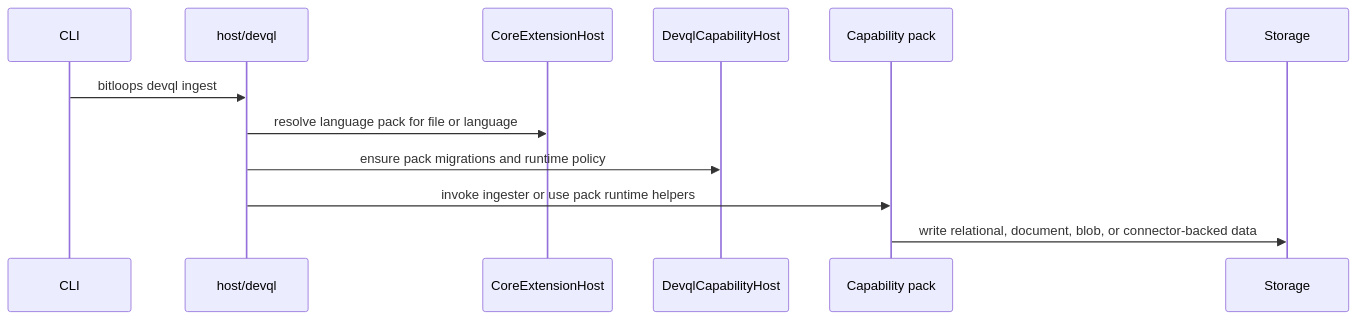
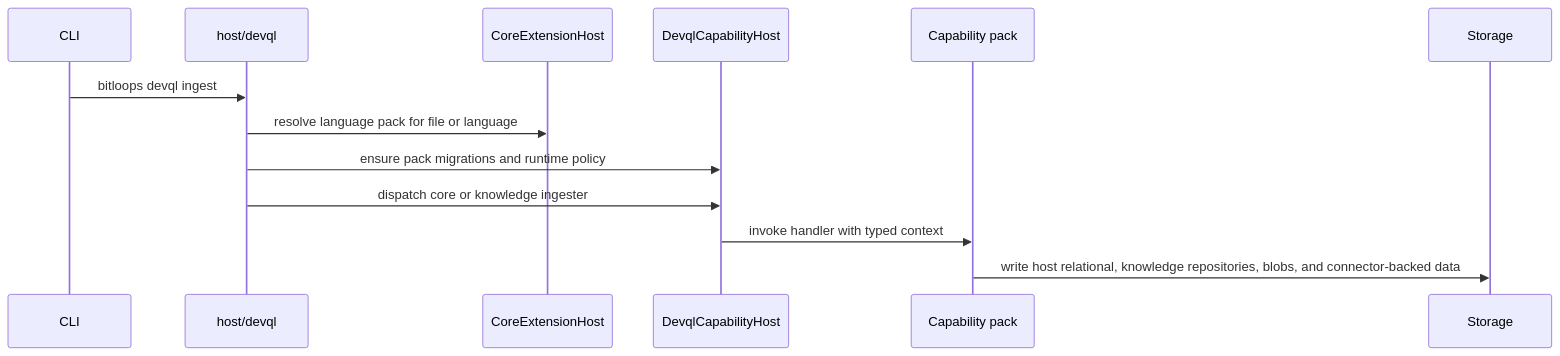
One commit to bitloops/bitloops changed the second of 4 diagrams in docs/layered-extension-architecture.md. Above: the diagram before and after it, drawn with Mermaid. The commit also changed other lines of this file and 2 other files, not shown here.

````diff
--- a/docs/layered-extension-architecture.md
+++ b/docs/layered-extension-architecture.md
@@ -162,15 +163,16 @@
 ```mermaid
 sequenceDiagram
     participant CLI as CLI
     participant DevQL as host/devql
     participant ExtHost as CoreExtensionHost
     participant CapHost as DevqlCapabilityHost
     participant Pack as Capability pack
     participant Store as Storage
 
     CLI->>DevQL: bitloops devql ingest
     DevQL->>ExtHost: resolve language pack for file or language
     DevQL->>CapHost: ensure pack migrations and runtime policy
-    DevQL->>Pack: invoke ingester or use pack runtime helpers
-    Pack->>Store: write relational, document, blob, or connector-backed data
+    DevQL->>CapHost: dispatch core or knowledge ingester
+    CapHost->>Pack: invoke handler with typed context
+    Pack->>Store: write host relational, knowledge repositories, blobs, and connector-backed data
 ```
````
